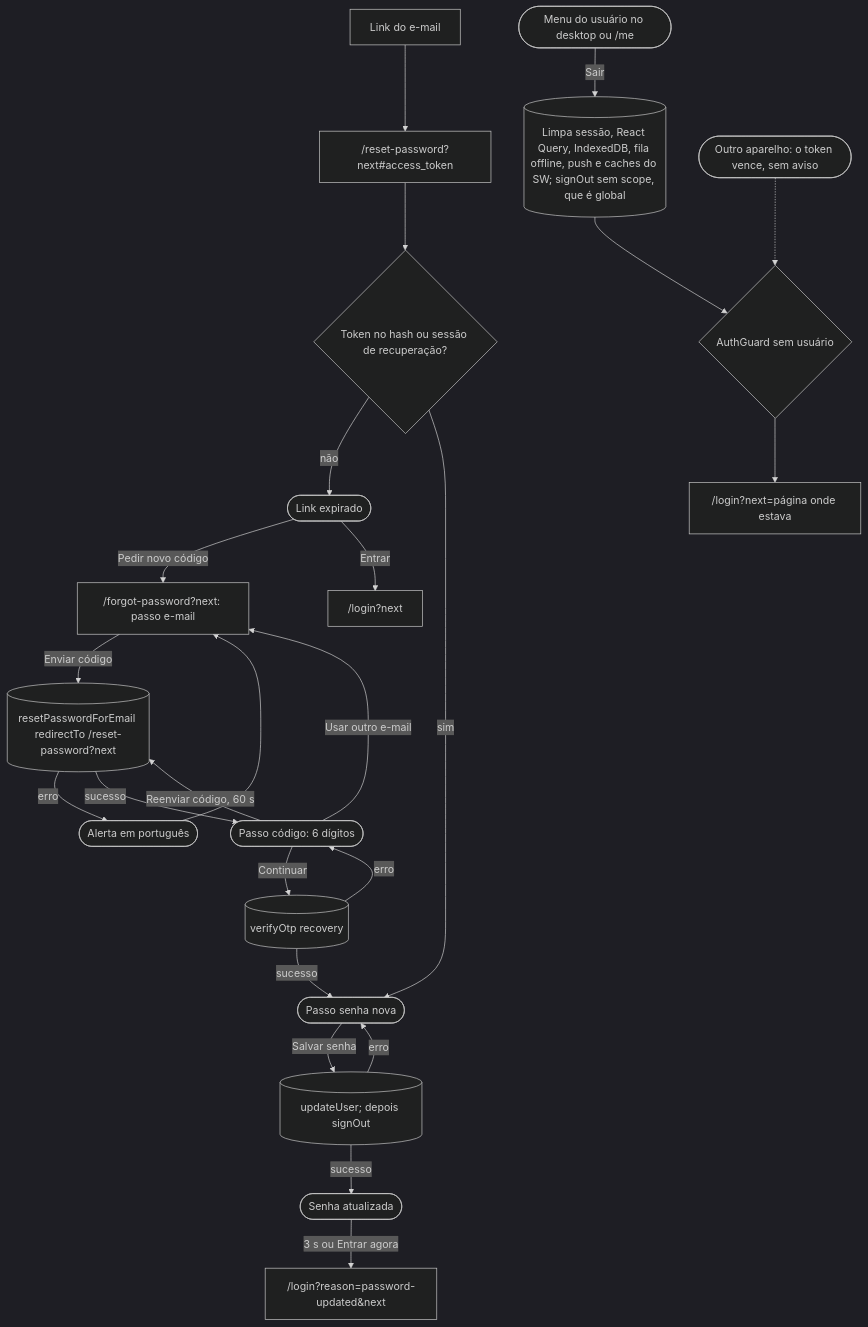
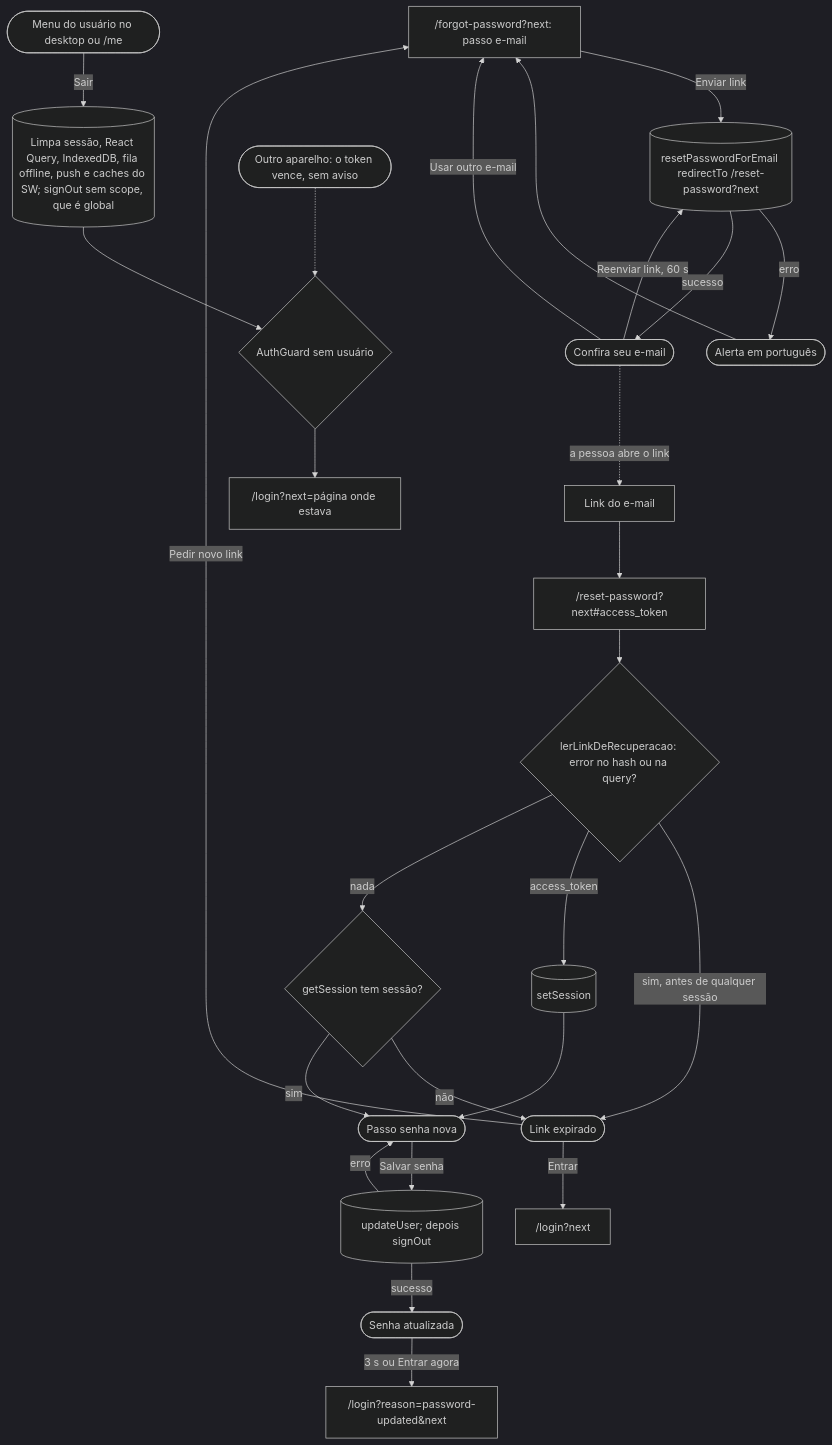
The third of 32 diagrams in docs/JORNADAS.md (kauax2000/finance_app), drawn with Mermaid before and after one commit. The commit also changed other lines of this file and 3 other files, not shown here.

Commit message:
docs(jornadas): recuperação de senha por link

````diff
--- a/docs/JORNADAS.md
+++ b/docs/JORNADAS.md
@@ -239,28 +239,29 @@
 ```mermaid
 %%{init: {"theme": "dark"}}%%
 flowchart TD
-    forgot["/forgot-password?next: passo e-mail"] -->|"Enviar código"| resetMail[("resetPasswordForEmail redirectTo /reset-password?next")]
+    forgot["/forgot-password?next: passo e-mail"] -->|"Enviar link"| resetMail[("resetPasswordForEmail redirectTo /reset-password?next")]
     resetMail -->|"erro"| forgotErr(["Alerta em português"]) --> forgot
-    resetMail -->|"sucesso"| code(["Passo código: 6 dígitos"])
-    code -->|"Usar outro e-mail"| forgot
-    code -->|"Reenviar código, 60 s"| resetMail
-    code -->|"Continuar"| verify[("verifyOtp recovery")]
-    verify -->|"erro"| code
-    verify -->|"sucesso"| newPass(["Passo senha nova"])
+    resetMail -->|"sucesso"| sent(["Confira seu e-mail"])
+    sent -->|"Usar outro e-mail"| forgot
+    sent -->|"Reenviar link, 60 s"| resetMail
+
+    sent -.->|"a pessoa abre o link"| mailLink["Link do e-mail"]
+    mailLink --> reset["/reset-password?next#access_token"]
+    reset --> leitura{"lerLinkDeRecuperacao: error no hash ou na query?"}
+    leitura -->|"sim, antes de qualquer sessão"| expired(["Link expirado"])
+    leitura -->|"access_token"| setSess[("setSession")] --> newPass(["Passo senha nova"])
+    leitura -->|"nada"| getSess{"getSession tem sessão?"}
+    getSess -->|"não"| expired
+    getSess -->|"sim"| newPass
+    expired -->|"Pedir novo link"| forgot
+    expired -->|"Entrar"| loginPlain["/login?next"]
     newPass -->|"Salvar senha"| update[("updateUser; depois signOut")]
     update -->|"erro"| newPass
     update -->|"sucesso"| done(["Senha atualizada"]) -->|"3 s ou Entrar agora"| loginPwd["/login?reason=password-updated&next"]
-
-    mailLink["Link do e-mail"] --> reset["/reset-password?next#access_token"]
-    reset --> token{"Token no hash ou sessão de recuperação?"}
-    token -->|"não"| expired(["Link expirado"])
-    expired -->|"Pedir novo código"| forgot
-    expired -->|"Entrar"| loginPlain["/login?next"]
-    token -->|"sim"| newPass
 
     menus(["Menu do usuário no desktop ou /me"]) -->|"Sair"| signout[("Limpa sessão, React Query, IndexedDB, fila offline, push e caches do SW; signOut sem scope, que é global")]
     signout --> guardOut{"AuthGuard sem usuário"}
     guardOut --> loginNext["/login?next=página onde estava"]
 
     other(["Outro aparelho: o token vence, sem aviso"]) -.-> guardOut
 ```
````
